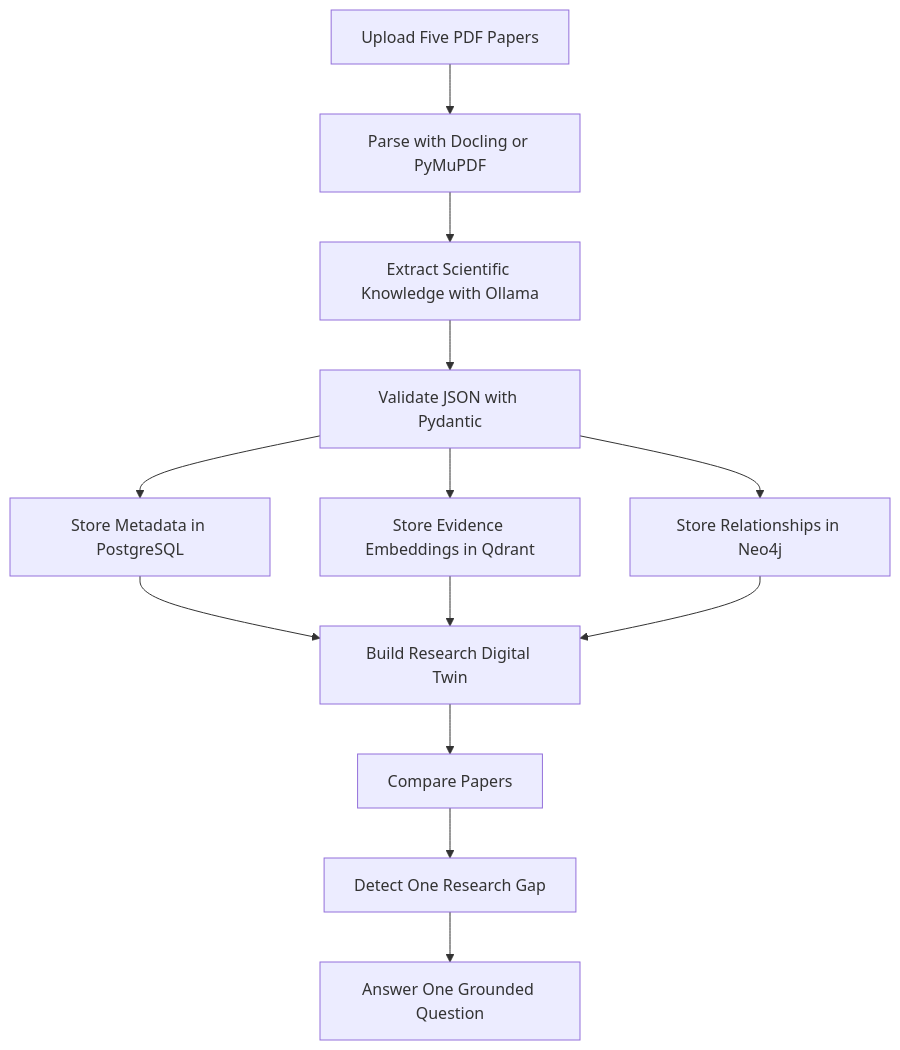
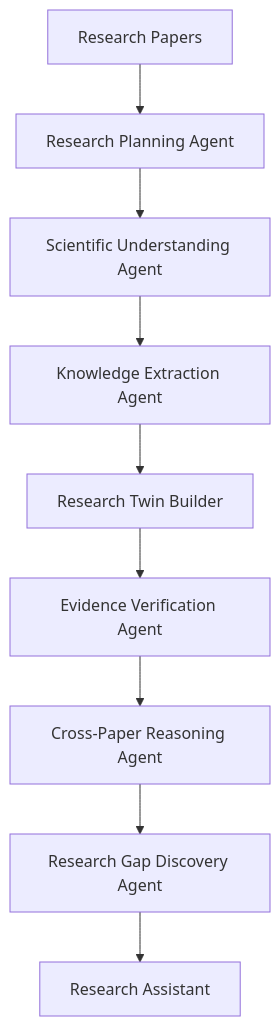
Before and after one commit to farahalmujaljel/Burhan: the first of 2 diagrams in README.md, drawn with Mermaid. The commit also changed other lines of this file, not shown here.

````diff
--- a/README.md
+++ b/README.md
@@ -27,23 +70,14 @@
 ```mermaid
 flowchart TD
-    A[Upload Five PDF Papers]
-    B[Parse with Docling or PyMuPDF]
-    C[Extract Scientific Knowledge with Ollama]
-    D[Validate JSON with Pydantic]
-    E[Store Metadata in PostgreSQL]
-    F[Store Evidence Embeddings in Qdrant]
-    G[Store Relationships in Neo4j]
-    H[Build Research Digital Twin]
-    I[Compare Papers]
-    J[Detect One Research Gap]
-    K[Answer One Grounded Question]
+    A[Research Papers]
+    B[Research Planning Agent]
+    C[Scientific Understanding Agent]
+    D[Knowledge Extraction Agent]
+    E[Research Twin Builder]
+    F[Evidence Verification Agent]
+    G[Cross-Paper Reasoning Agent]
+    H[Research Gap Discovery Agent]
+    I[Research Assistant]
 
-    A --> B --> C --> D
-    D --> E
-    D --> F
-    D --> G
-    E --> H
-    F --> H
-    G --> H
-    H --> I --> J --> K
+    A --> B --> C --> D --> E --> F --> G --> H --> I
 ```
````
